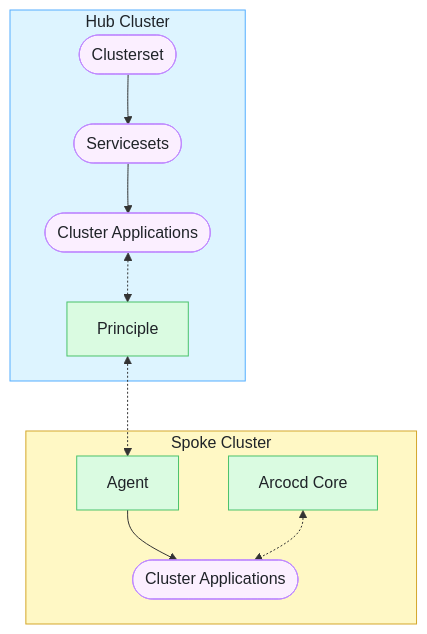
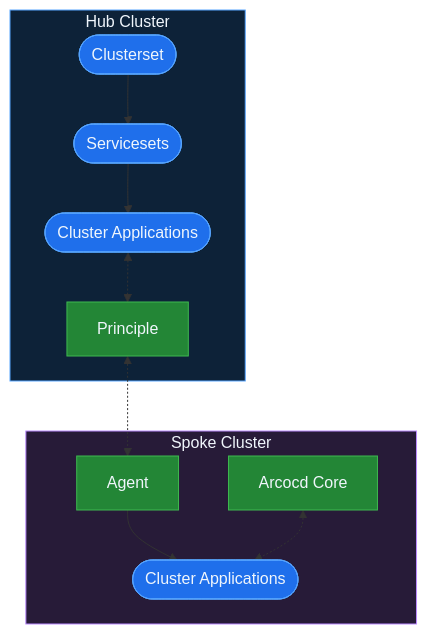
The diagram in example-definitions/argocd-agent/README.md (poxelyric/argo-flavors), drawn with Mermaid before and after one commit. The commit also changed other lines of this file and 8 other files, not shown here.

Commit message:
update docs and package charts

````diff
--- a/example-definitions/argocd-agent/README.md
+++ b/example-definitions/argocd-agent/README.md
@@ -3,34 +3,31 @@
 ```mermaid
 flowchart TD
     subgraph hub ["Hub Cluster"]
         A(["Clusterset"])
         B(["Servicesets"])
         C(["Cluster Applications"])
         P["Principle"]
         A --> B
         B --> C
         C <-.-> P
 
     end
 
     subgraph spoke ["Spoke Cluster"]
         AG["Agent"]
         AR["Arcocd Core"]
         
         D(["Cluster Applications"])
         AG --> D
         AR <-.-> D
     end
 
     P <-.-> AG
 
-    classDef hubcluster fill:#ddf4ff,stroke:#54aeff,color:#1f2328
-    classDef spokecluster fill:#fff8c5,stroke:#d4a72c,color:#1f2328
-    classDef apps fill:#fbefff,stroke:#bf8aff,color:#1f2328
-    classDef workload fill:#dafbe1,stroke:#4ac26b,color:#1f2328
-
-    class hub hubcluster
-    class spoke spokecluster
+    style hub fill:#0d2238,stroke:#58a6ff,color:#f0f6fc
+    style spoke fill:#271b38,stroke:#bc8cff,color:#f0f6fc
+    classDef apps fill:#1f6feb,stroke:#58a6ff,color:#f0f6fc
+    classDef workload fill:#238636,stroke:#3fb950,color:#f0f6fc
     class A,B,C,D apps
     class AR,AG,P workload
 ```
````
